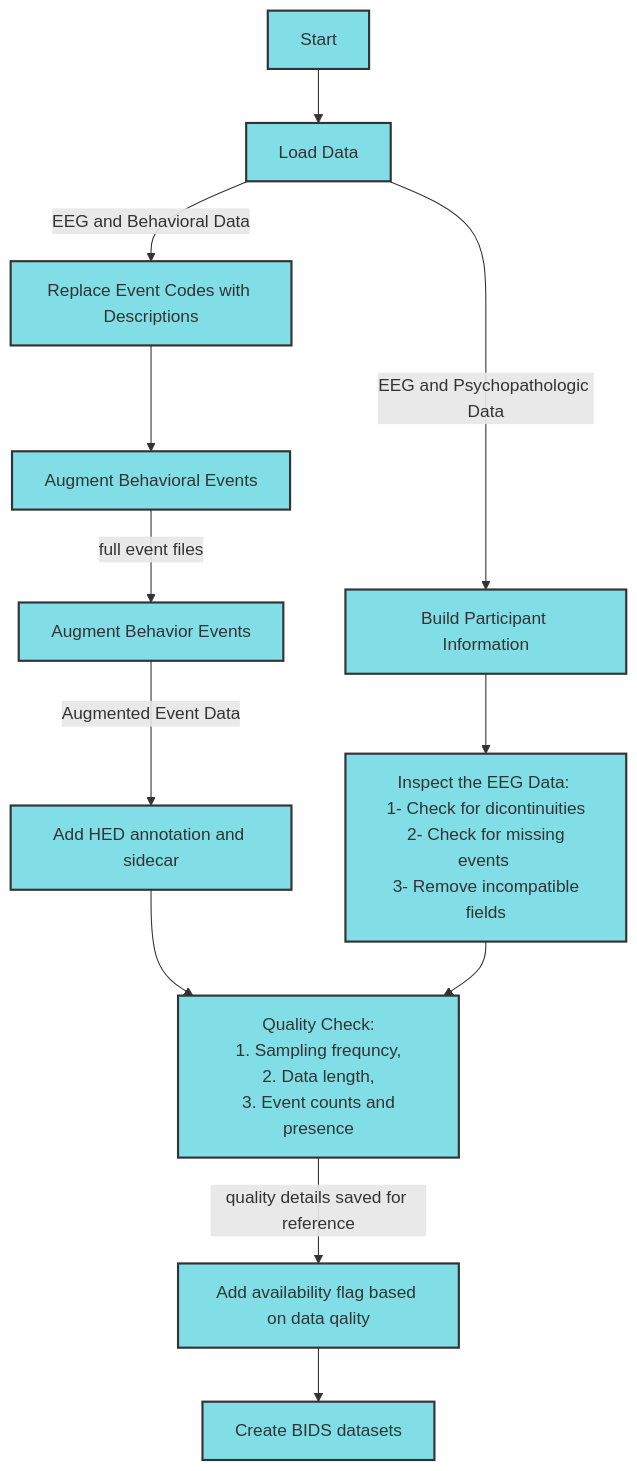
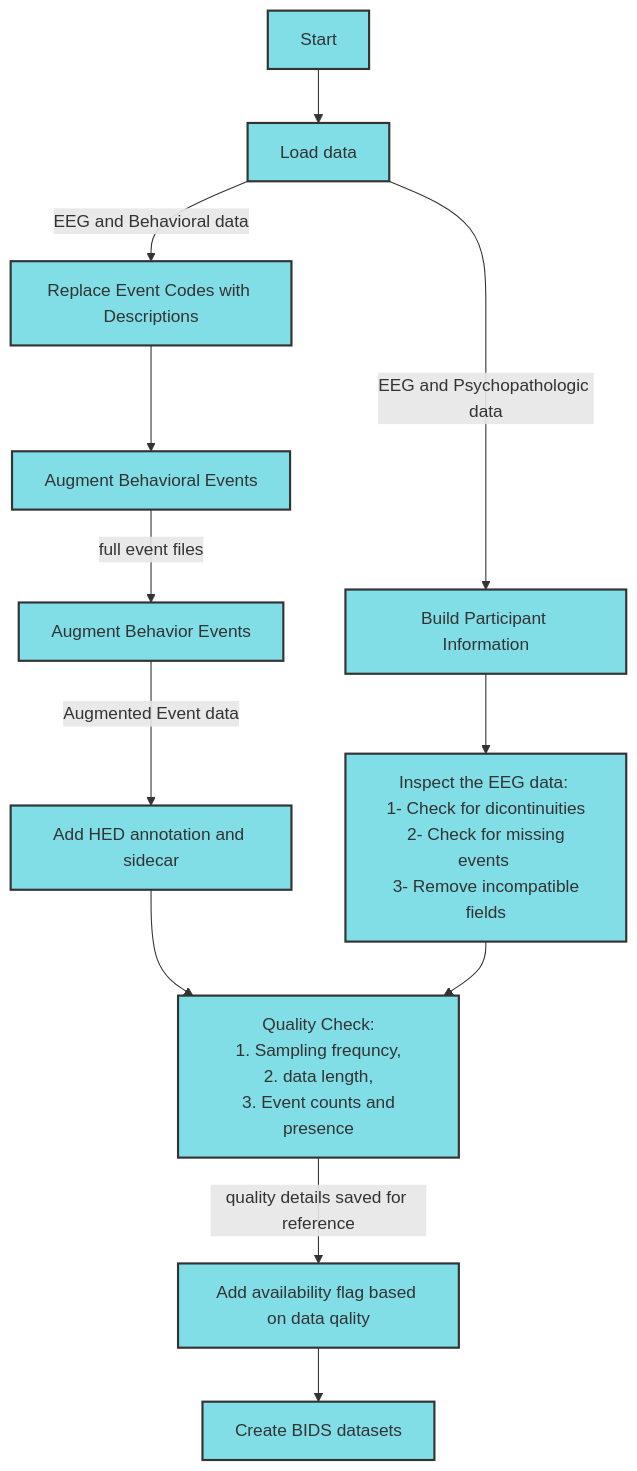
The diagram in README.md (neuromechanist/HBN_BIDS_analysis), drawn with Mermaid before and after one commit. The commit also changed other lines of this file, not shown here.

Commit message:
Minor updates to remove README warnings

````diff
--- a/README.md
+++ b/README.md
@@ -21,19 +20,19 @@
-```mermaid 
+```mermaid
 graph TD
     A[Start] --> B
-    B[Load Data] -->|EEG and Behavioral Data| C
-    B -->|EEG and Psychopathologic Data| CC
+    B[Load data] -->|EEG and Behavioral data| C
+    B -->|EEG and Psychopathologic data| CC
     C[Replace Event Codes with Descriptions] --> D
     D[Augment Behavioral Events] -->|full event files| E
-    E[Augment Behavior Events] -->|Augmented Event Data| F
+    E[Augment Behavior Events] -->|Augmented Event data| F
     F[Add HED annotation and sidecar] --> G
-    G[Quality Check:\n 1. Sampling frequncy, \n 2. Data length, \n 3. Event counts and presence] -->|quality details saved for reference| H
+    G[Quality Check:\n 1. Sampling frequncy, \n 2. data length, \n 3. Event counts and presence] -->|quality details saved for reference| H
     H[Add availability flag based on data qality] -->I
     I[Create BIDS datasets]
     CC[Build Participant Information] --> DD
-    DD[Inspect the EEG Data: \n 1- Check for dicontinuities \n 2- Check for missing events \n 3- Remove incompatible fields] --> G
+    DD[Inspect the EEG data: \n 1- Check for dicontinuities \n 2- Check for missing events \n 3- Remove incompatible fields] --> G
 
     classDef inputOutput fill:#81DEE7,stroke:#333,stroke-width:2px;
     class A,B,C,D,E,F,G,H,I,J,CC,DD inputOutput;
     
 ```
````
